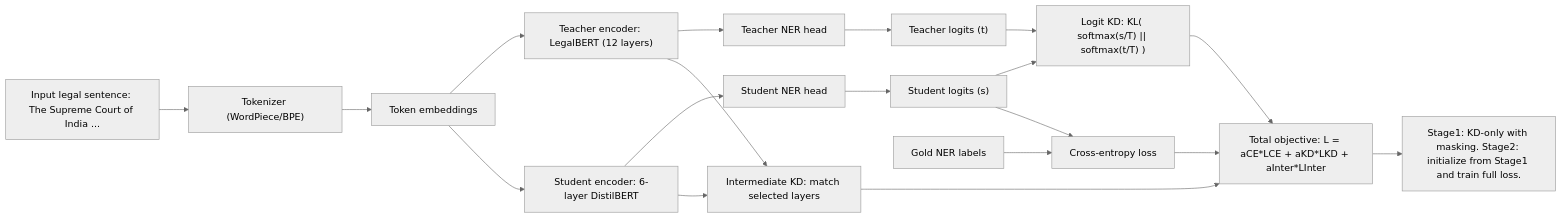
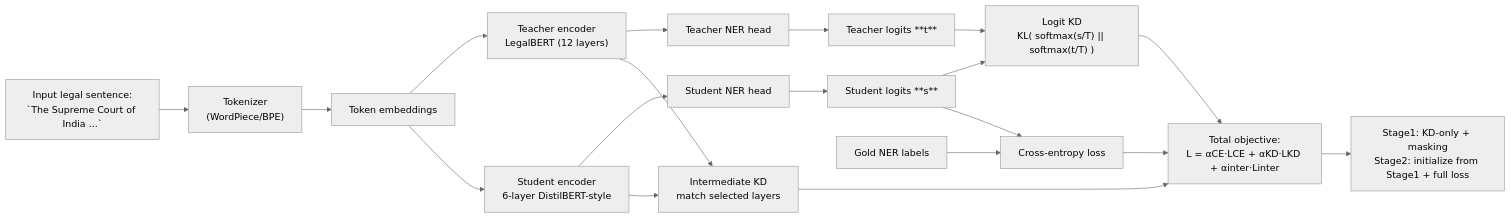
The diagram in README.md (YueranCao2001/legalbert-kd-ner), drawn with Mermaid (neutral theme) before and after one commit.

Commit message:
Improve README.md formatting and clarity

````diff
--- a/README.md
+++ b/README.md
@@ -28,37 +28,37 @@
 ```mermaid
 flowchart LR
 
 %% Input & tokenizer
-A["Input legal sentence: The Supreme Court of India ..."] --> B["Tokenizer (WordPiece/BPE)"]
+A["Input legal sentence:<br/>`The Supreme Court of India ...`"] --> B["Tokenizer<br/>(WordPiece/BPE)"]
 B --> C["Token embeddings"]
 
 %% Teacher path
-C --> D["Teacher encoder: LegalBERT (12 layers)"]
+C --> D["Teacher encoder<br/>LegalBERT (12 layers)"]
 D --> E["Teacher NER head"]
-E --> F["Teacher logits (t)"]
+E --> F["Teacher logits **t**"]
 
 %% Student path
-C --> G["Student encoder: 6-layer DistilBERT"]
+C --> G["Student encoder<br/>6-layer DistilBERT-style"]
 G --> H["Student NER head"]
-H --> I["Student logits (s)"]
+H --> I["Student logits **s**"]
 
 %% Intermediate KD
-D --> J["Intermediate KD: match selected layers"]
+D --> J["Intermediate KD<br/>match selected layers"]
 G --> J
 
 %% Logit KD
-F --> K["Logit KD: KL( softmax(s/T) || softmax(t/T) )"]
+F --> K["Logit KD<br/>KL( softmax(s/T) || softmax(t/T) )"]
 I --> K
 
 %% CE loss
 L["Gold NER labels"] --> M["Cross-entropy loss"]
 I --> M
 
 %% Total loss
-K --> N["Total objective: L = aCE*LCE + aKD*LKD + aInter*LInter"]
+K --> N["Total objective:<br/>L = αCE·LCE + αKD·LKD + αinter·Linter"]
 J --> N
 M --> N
 
 %% Notes
-N --> O["Stage1: KD-only with masking. Stage2: initialize from Stage1 and train full loss."]
+N --> O["Stage1: KD-only + masking<br/>Stage2: initialize from Stage1 + full loss"]
 ```
````
